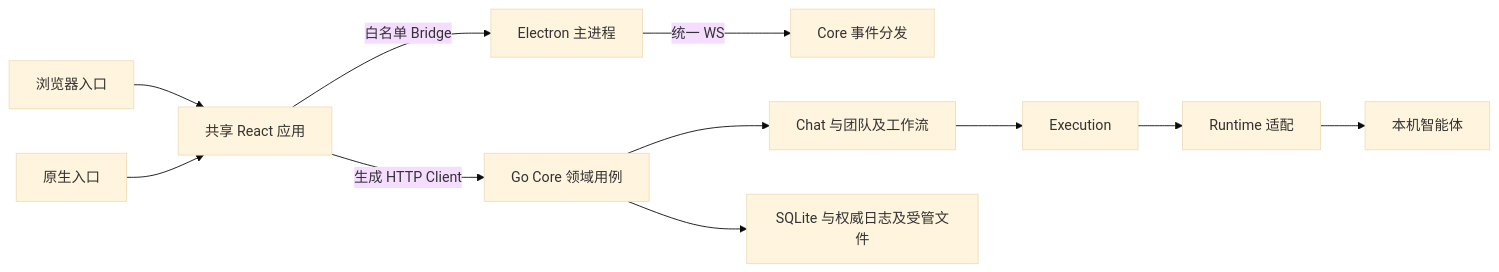
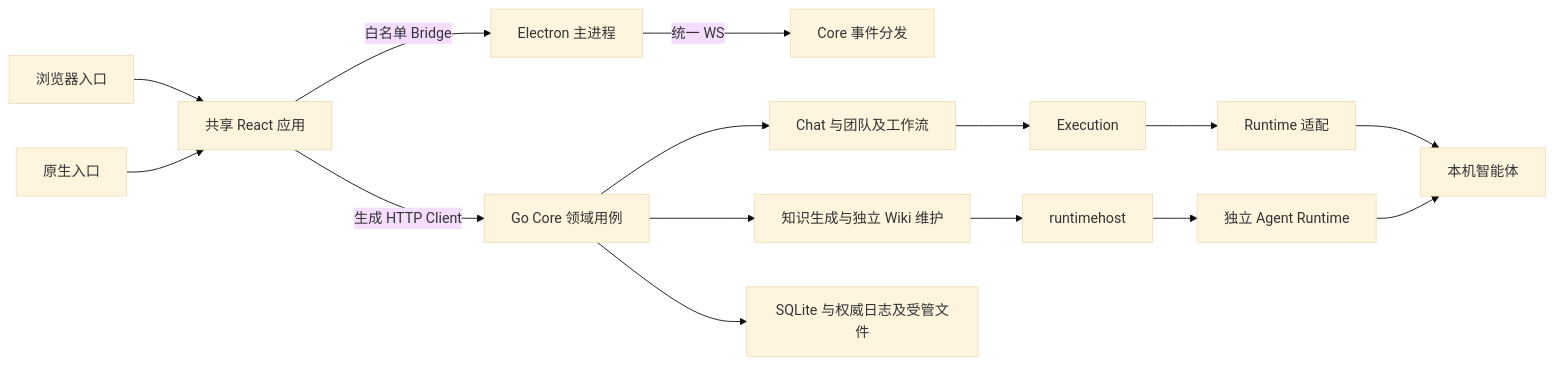
Before and after one commit to JieWaZi/NeuxBot: the diagram in docs/architecture/overview-cn.md, drawn with Mermaid (base theme). The commit also changed other lines of this file and 17 other files, not shown here.

Commit message:
refactor(runtime): migrate independent wiki maintenance to shared host

````diff
--- a/docs/architecture/overview-cn.md
+++ b/docs/architecture/overview-cn.md
@@ -5,13 +5,17 @@
 ```mermaid
 flowchart LR
   Web[浏览器入口] --> UI[共享 React 应用]
   Native[原生入口] --> UI
   UI -->|生成 HTTP Client| Core[Go Core 领域用例]
   UI -->|白名单 Bridge| Desktop[Electron 主进程]
   Desktop -->|统一 WS| Events[Core 事件分发]
   Core --> Chat[Chat 与团队及工作流]
   Chat --> Execution[Execution]
   Execution --> Runtime[Runtime 适配]
   Runtime --> CLI[本机智能体]
+  Core --> Knowledge[知识生成与独立 Wiki 维护]
+  Knowledge --> Host[runtimehost]
+  Host --> AgentRuntime[独立 Agent Runtime]
+  AgentRuntime --> CLI
   Core --> Store[SQLite 与权威日志及受管文件]
 ```
````
